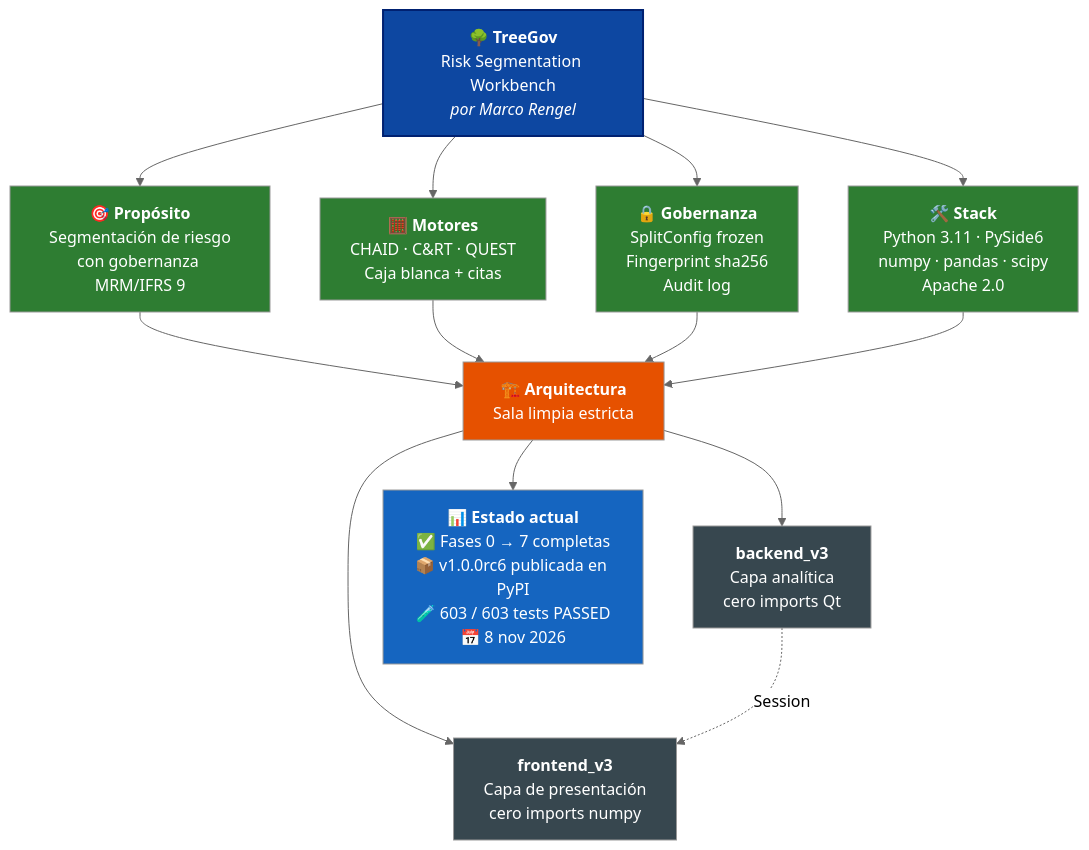
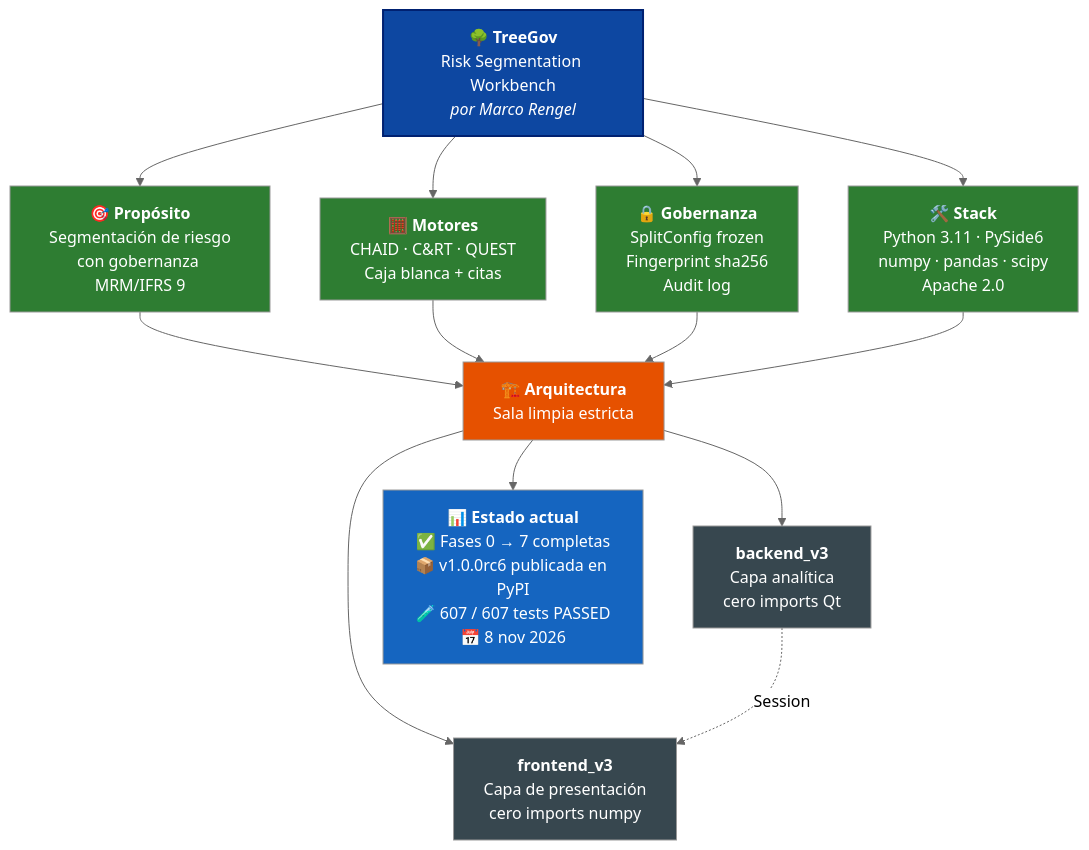
One commit to Marco-Rengel/treegov changed the diagram in README.es.md. Above: the diagram before and after it, drawn with Mermaid (neutral theme). The commit also changed other lines of this file and 12 other files, not shown here.

````diff
--- a/README.es.md
+++ b/README.es.md
@@ -38,31 +38,31 @@
 ```mermaid
 flowchart TB
     TG["<b>🌳 TreeGov</b><br/>Risk Segmentation Workbench<br/><i>por Marco Rengel</i>"]
 
     TG --> P["<b>🎯 Propósito</b><br/>Segmentación de riesgo<br/>con gobernanza MRM/IFRS 9"]
     TG --> M["<b>🧮 Motores</b><br/>CHAID · C&RT · QUEST<br/>Caja blanca + citas"]
     TG --> G["<b>🔒 Gobernanza</b><br/>SplitConfig frozen<br/>Fingerprint sha256<br/>Audit log"]
     TG --> S["<b>🛠️ Stack</b><br/>Python 3.11 · PySide6<br/>numpy · pandas · scipy<br/>Apache 2.0"]
 
     P --> ARQ["<b>🏗️ Arquitectura</b><br/>Sala limpia estricta"]
     M --> ARQ
     G --> ARQ
     S --> ARQ
 
     ARQ --> BE["<b>backend_v3</b><br/>Capa analítica<br/>cero imports Qt"]
     ARQ --> FE["<b>frontend_v3</b><br/>Capa de presentación<br/>cero imports numpy"]
 
     BE -.->|Session| FE
 
-    ARQ --> ST["<b>📊 Estado actual</b><br/>✅ Fases 0 → 7 completas<br/>📦 v1.0.0rc6 publicada en PyPI<br/>🧪 603 / 603 tests PASSED<br/>📅 8 nov 2026"]
+    ARQ --> ST["<b>📊 Estado actual</b><br/>✅ Fases 0 → 7 completas<br/>📦 v1.0.0rc6 publicada en PyPI<br/>🧪 607 / 607 tests PASSED<br/>📅 8 nov 2026"]
 
     style TG fill:#0D47A1,color:#fff,stroke:#002171,stroke-width:2px
     style P fill:#2E7D32,color:#fff
     style M fill:#2E7D32,color:#fff
     style G fill:#2E7D32,color:#fff
     style S fill:#2E7D32,color:#fff
     style ARQ fill:#E65100,color:#fff
     style BE fill:#37474F,color:#fff
     style FE fill:#37474F,color:#fff
     style ST fill:#1565C0,color:#fff
 ```
````
